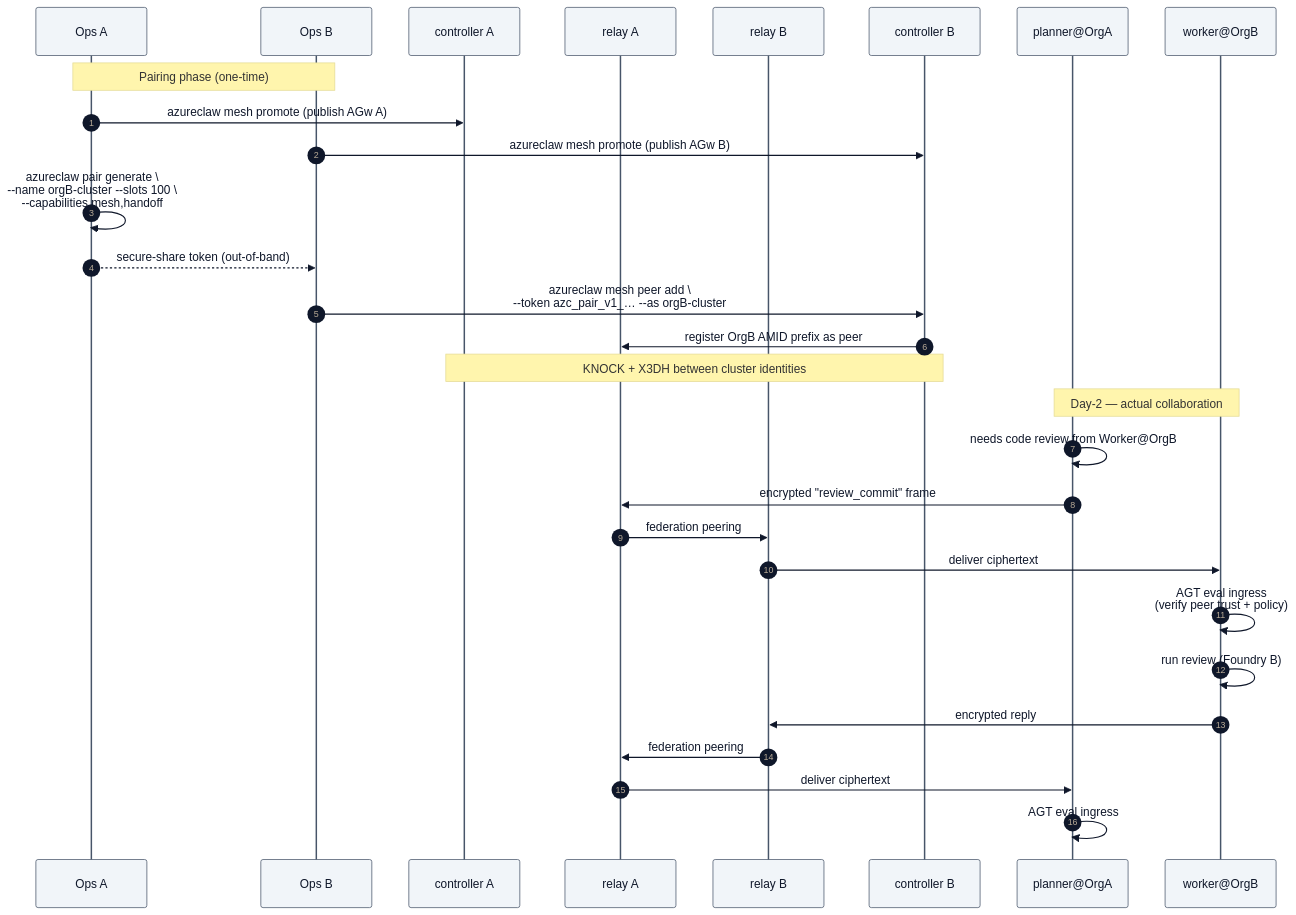
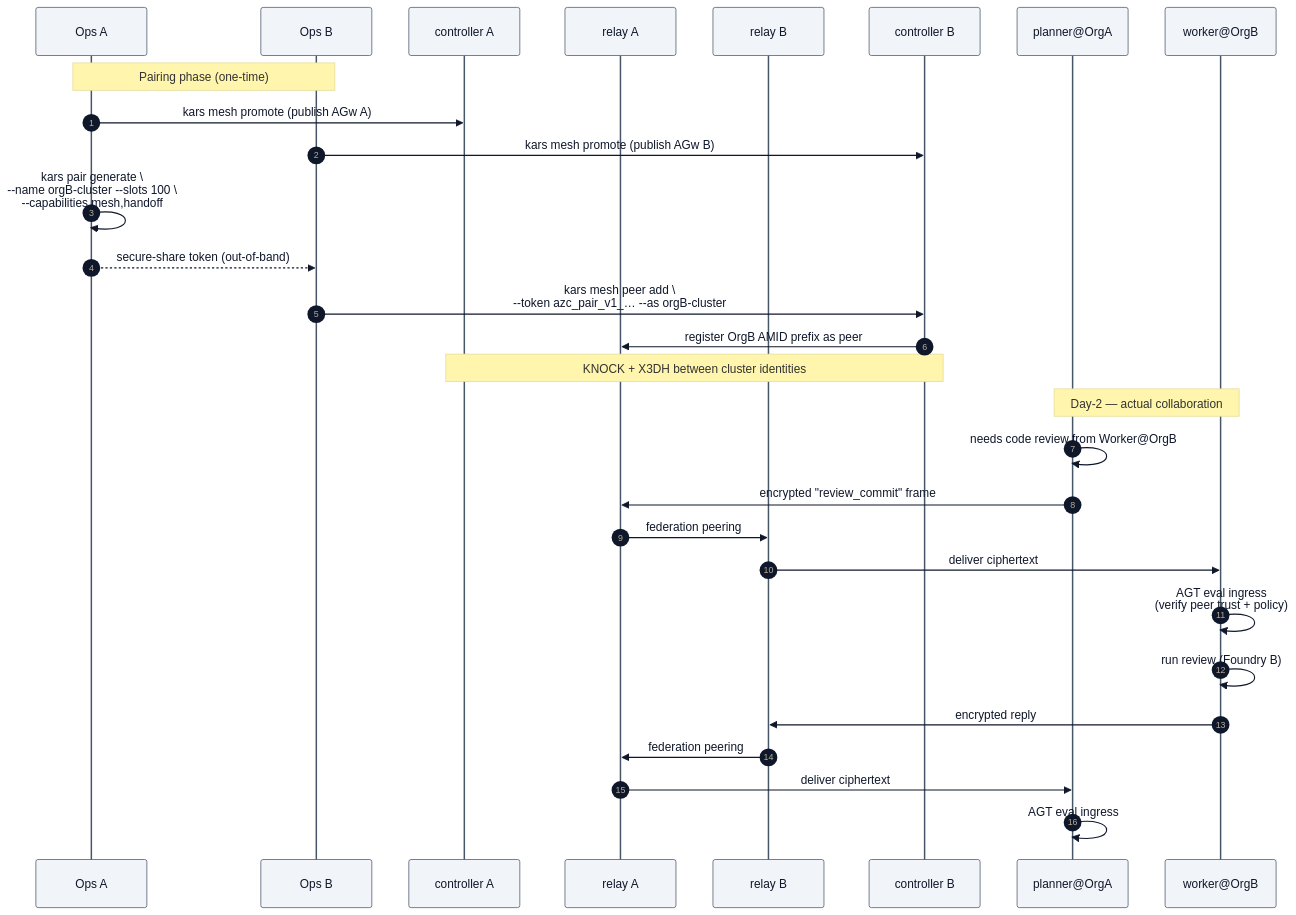
The third of 3 diagrams in docs/blueprints/04-cross-org-federation.md (lachie83/kars), drawn with Mermaid before and after one commit. The commit also changed other lines of this file and 694 other files, not shown here.

````diff
--- a/docs/blueprints/04-cross-org-federation.md
+++ b/docs/blueprints/04-cross-org-federation.md
@@ -104,34 +104,34 @@
 ```mermaid
 %%{init: {'theme':'base','themeVariables':{'primaryColor':'#f1f5f9','primaryBorderColor':'#475569','primaryTextColor':'#0f172a','lineColor':'#475569','clusterBkg':'#f8fafc','clusterBorder':'#94a3b8','fontFamily':'-apple-system, BlinkMacSystemFont, Segoe UI, sans-serif'}}}%%
 sequenceDiagram
     autonumber
     participant OpsA as Ops A
     participant OpsB as Ops B
     participant CtrlA as controller A
     participant RlyA as relay A
     participant RlyB as relay B
     participant CtrlB as controller B
     participant Planner as planner@OrgA
     participant Worker as worker@OrgB
 
     Note over OpsA,OpsB: Pairing phase (one-time)
-    OpsA->>CtrlA: azureclaw mesh promote (publish AGw A)
-    OpsB->>CtrlB: azureclaw mesh promote (publish AGw B)
-    OpsA->>OpsA: azureclaw pair generate \<br/>--name orgB-cluster --slots 100 \<br/>--capabilities mesh,handoff
+    OpsA->>CtrlA: kars mesh promote (publish AGw A)
+    OpsB->>CtrlB: kars mesh promote (publish AGw B)
+    OpsA->>OpsA: kars pair generate \<br/>--name orgB-cluster --slots 100 \<br/>--capabilities mesh,handoff
     OpsA-->>OpsB: secure-share token (out-of-band)
-    OpsB->>CtrlB: azureclaw mesh peer add \<br/>--token azc_pair_v1_… --as orgB-cluster
+    OpsB->>CtrlB: kars mesh peer add \<br/>--token azc_pair_v1_… --as orgB-cluster
     CtrlB->>RlyA: register OrgB AMID prefix as peer
     Note over CtrlA,CtrlB: KNOCK + X3DH between cluster identities
 
     Note over Planner,Worker: Day-2 — actual collaboration
     Planner->>Planner: needs code review from Worker@OrgB
     Planner->>RlyA: encrypted "review_commit" frame
     RlyA->>RlyB: federation peering
     RlyB->>Worker: deliver ciphertext
     Worker->>Worker: AGT eval ingress<br/>(verify peer trust + policy)
     Worker->>Worker: run review (Foundry B)
     Worker->>RlyB: encrypted reply
     RlyB->>RlyA: federation peering
     RlyA->>Planner: deliver ciphertext
     Planner->>Planner: AGT eval ingress
 ```
````
